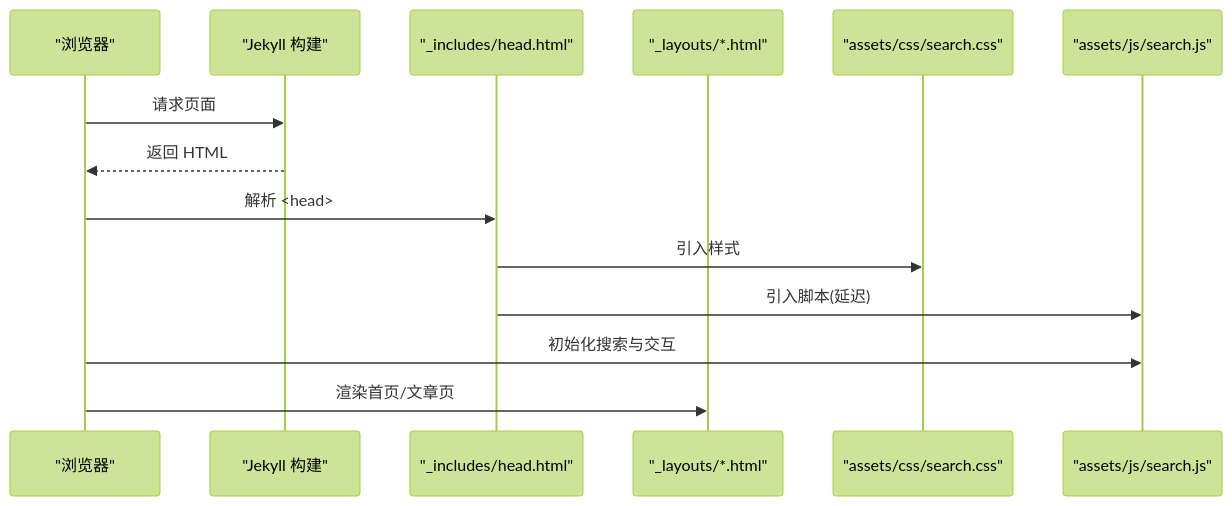
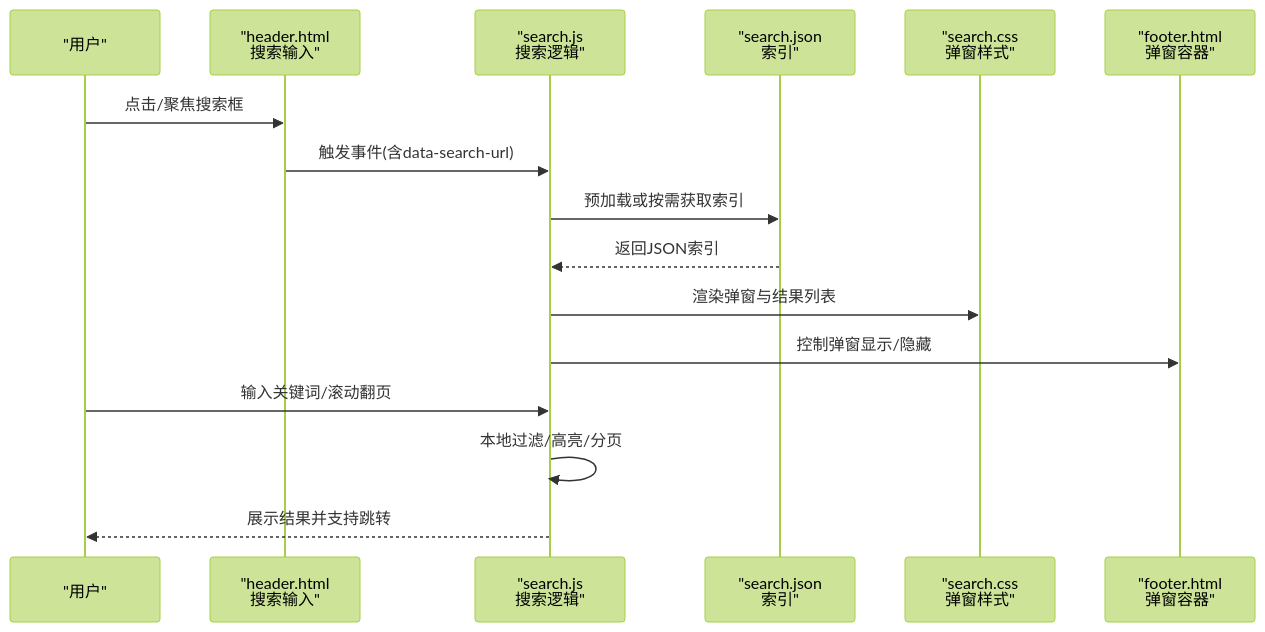
Before and after one commit to LZC6244/lzc6244.github.io: the second of 4 diagrams in .qoder/repowiki/zh/content/主题定制/主题定制.md, drawn with Mermaid (forest theme). The commit also changed other lines of this file and 104 other files, not shown here.

````diff
--- a/.qoder/repowiki/zh/content/主题定制/主题定制.md
+++ b/.qoder/repowiki/zh/content/主题定制/主题定制.md
@@ -103,16 +108,18 @@
 ```mermaid
 sequenceDiagram
-participant U as "浏览器"
-participant J as "Jekyll 构建"
-participant H as "_includes/head.html"
-participant L as "_layouts/*.html"
-participant S as "assets/css/search.css"
-participant JS as "assets/js/search.js"
-U->>J : 请求页面
-J-->>U : 返回 HTML
-U->>H : 解析 <head>
-H->>S : 引入样式
-H->>JS : 引入脚本(延迟)
-U->>JS : 初始化搜索与交互
-U->>L : 渲染首页/文章页
+participant U as "用户"
+participant H as "header.html<br/>搜索输入"
+participant S as "search.js<br/>搜索逻辑"
+participant R as "search.json<br/>索引"
+participant V as "search.css<br/>弹窗样式"
+participant F as "footer.html<br/>弹窗容器"
+U->>H : 点击/聚焦搜索框
+H->>S : 触发事件(含data-search-url)
+S->>R : 预加载或按需获取索引
+R-->>S : 返回JSON索引
+S->>V : 渲染弹窗与结果列表
+S->>F : 控制弹窗显示/隐藏
+U->>S : 输入关键词/滚动翻页
+S->>S : 本地过滤/高亮/分页
+S-->>U : 展示结果并支持跳转
 ```
````
